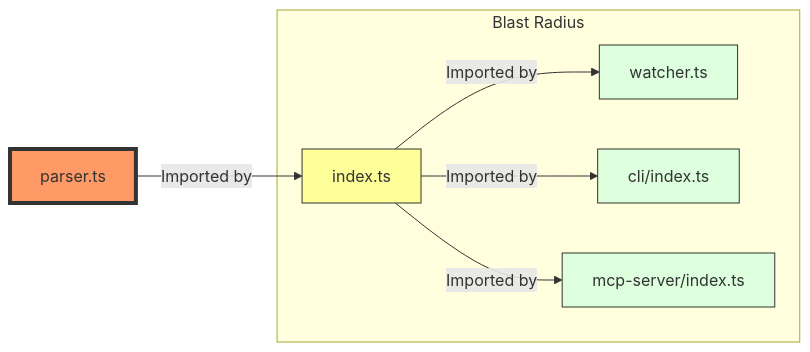
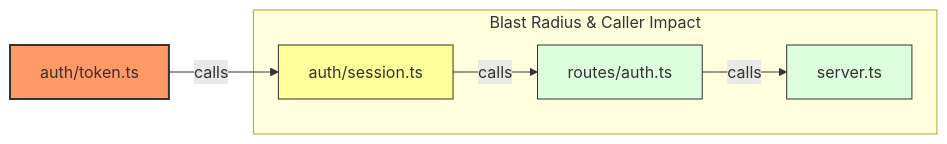
The second of 2 diagrams in packages/docs/docs/architecture.md (spellsaif/kiteretsu), drawn with Mermaid before and after one commit. The commit also changed other lines of this file and 22 other files, not shown here.

````diff
--- a/packages/docs/docs/architecture.md
+++ b/packages/docs/docs/architecture.md
@@ -37,20 +44,17 @@
 ```mermaid
 graph LR
-    A[parser.ts] -- "Imported by" --> B[index.ts]
-    B -- "Imported by" --> C[watcher.ts]
-    B -- "Imported by" --> D[cli/index.ts]
-    B -- "Imported by" --> E[mcp-server/index.ts]
+    A["auth/token.ts"] -- "calls" --> B["auth/session.ts"]
+    B -- "calls" --> C["routes/auth.ts"]
+    C -- "calls" --> D["server.ts"]
     
-    style A fill:#f96,stroke:#333,stroke-width:4px
+    style A fill:#f96,stroke:#333,stroke-width:2px
     style B fill:#ff9,stroke:#333
     style C fill:#dfd,stroke:#333
     style D fill:#dfd,stroke:#333
-    style E fill:#dfd,stroke:#333
     
-    subgraph Blast Radius
+    subgraph Blast Radius & Caller Impact
     B
     C
     D
-    E
     end
 ```
````
